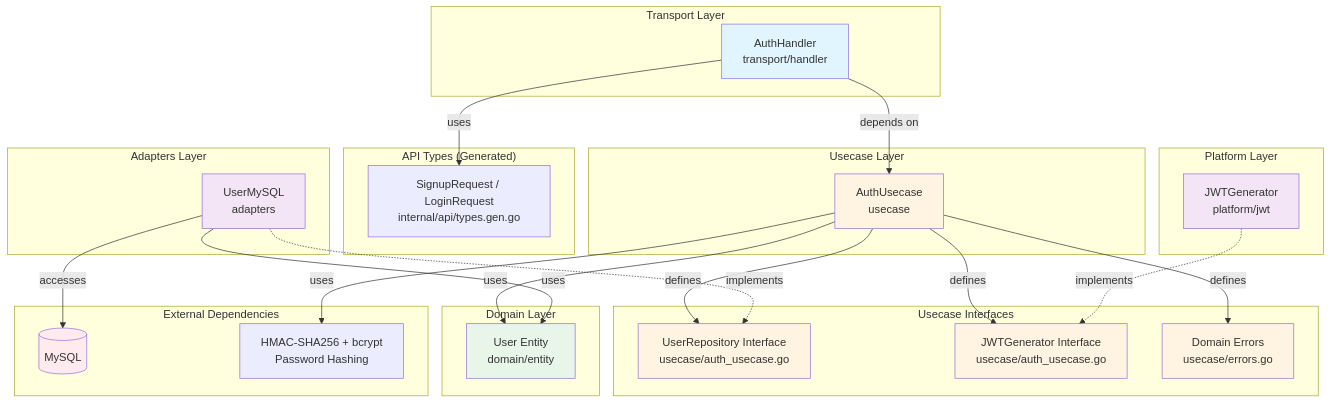
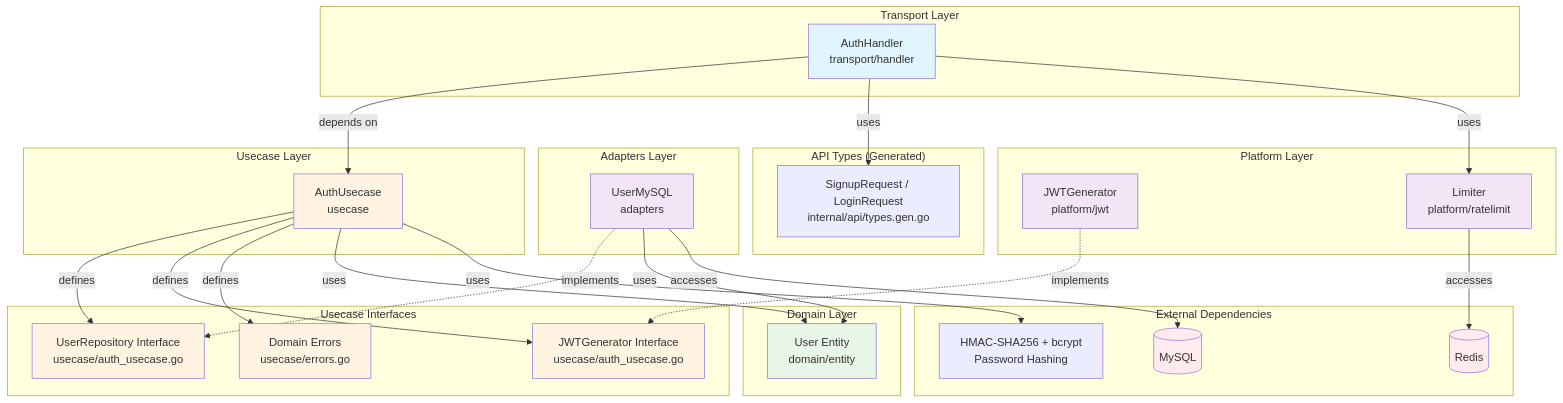
One commit to UCHIDAnobuhiro/stock_backend changed the third of 3 diagrams in internal/feature/auth/README.md. Above: the diagram before and after it, drawn with Mermaid. The commit also changed other lines of this file and 9 other files, not shown here.

````diff
--- a/internal/feature/auth/README.md
+++ b/internal/feature/auth/README.md
@@ -183,59 +247,65 @@
 ```mermaid
 graph TB
     subgraph "Transport Layer"
         Handler[AuthHandler<br/>transport/handler]
     end
 
     subgraph "API Types (Generated)"
         APITypes[SignupRequest / LoginRequest<br/>internal/api/types.gen.go]
     end
 
     subgraph "Usecase Layer"
         Usecase[AuthUsecase<br/>usecase]
     end
 
     subgraph "Domain Layer"
         Entity[User Entity<br/>domain/entity]
     end
 
     subgraph "Usecase Interfaces"
         RepoInterface[UserRepository Interface<br/>usecase/auth_usecase.go]
         JWTInterface[JWTGenerator Interface<br/>usecase/auth_usecase.go]
         Errors[Domain Errors<br/>usecase/errors.go]
     end
 
     subgraph "Adapters Layer"
         RepoImpl[UserMySQL<br/>adapters]
     end
 
     subgraph "Platform Layer"
         JWTImpl[JWTGenerator<br/>platform/jwt]
+        RateLimiter[Limiter<br/>platform/ratelimit]
     end
 
     subgraph "External Dependencies"
         DB[(MySQL)]
         BCrypt[HMAC-SHA256 + bcrypt<br/>Password Hashing]
+        Redis[(Redis)]
     end
 
     Handler -->|depends on| Usecase
     Handler -->|uses| APITypes
+    Handler -->|uses| RateLimiter
     Usecase -->|defines| RepoInterface
     Usecase -->|defines| JWTInterface
     Usecase -->|defines| Errors
     Usecase -->|uses| Entity
     Usecase -->|uses| BCrypt
     RepoImpl -.->|implements| RepoInterface
     RepoImpl -->|uses| Entity
     RepoImpl -->|accesses| DB
     JWTImpl -.->|implements| JWTInterface
+    RateLimiter -->|accesses| Redis
 
     style Handler fill:#e1f5ff
     style Usecase fill:#fff4e1
     style Entity fill:#e8f5e9
     style RepoInterface fill:#fff4e1
     style JWTInterface fill:#fff4e1
     style Errors fill:#fff4e1
     style RepoImpl fill:#f3e5f5
     style JWTImpl fill:#f3e5f5
+    style RateLimiter fill:#f3e5f5
     style DB fill:#ffebee
+    style Redis fill:#ffebee
 ```
````
